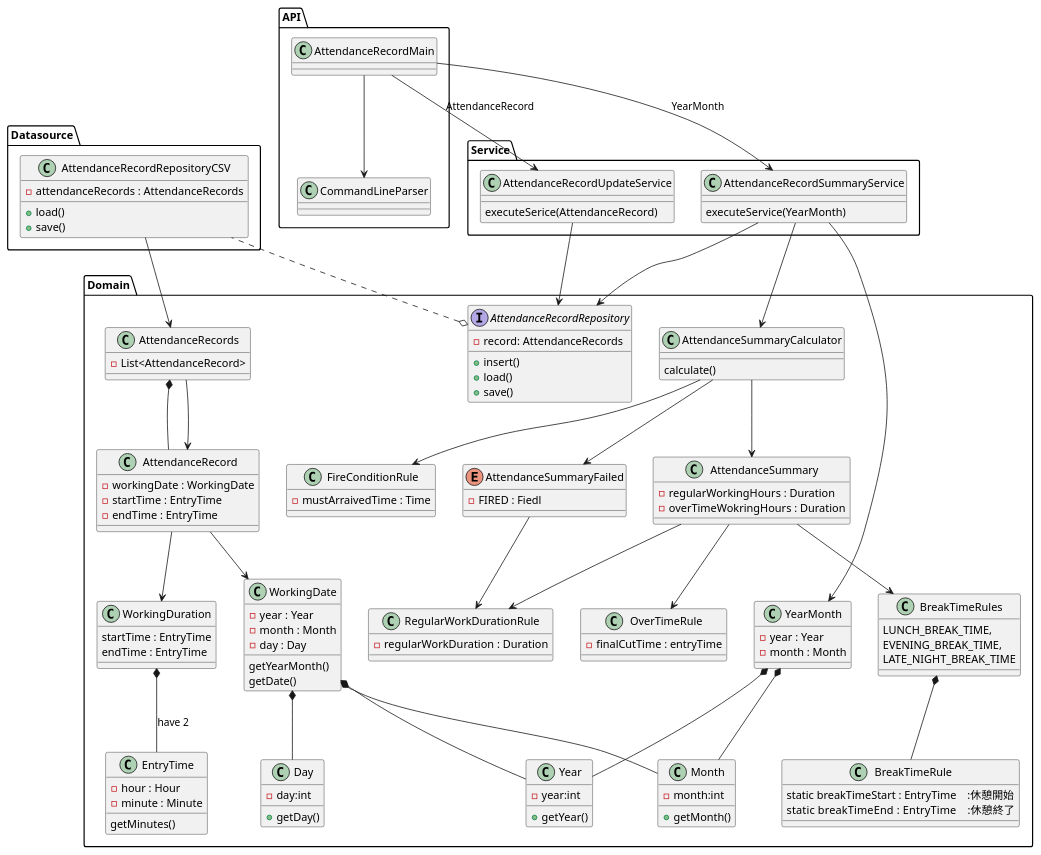
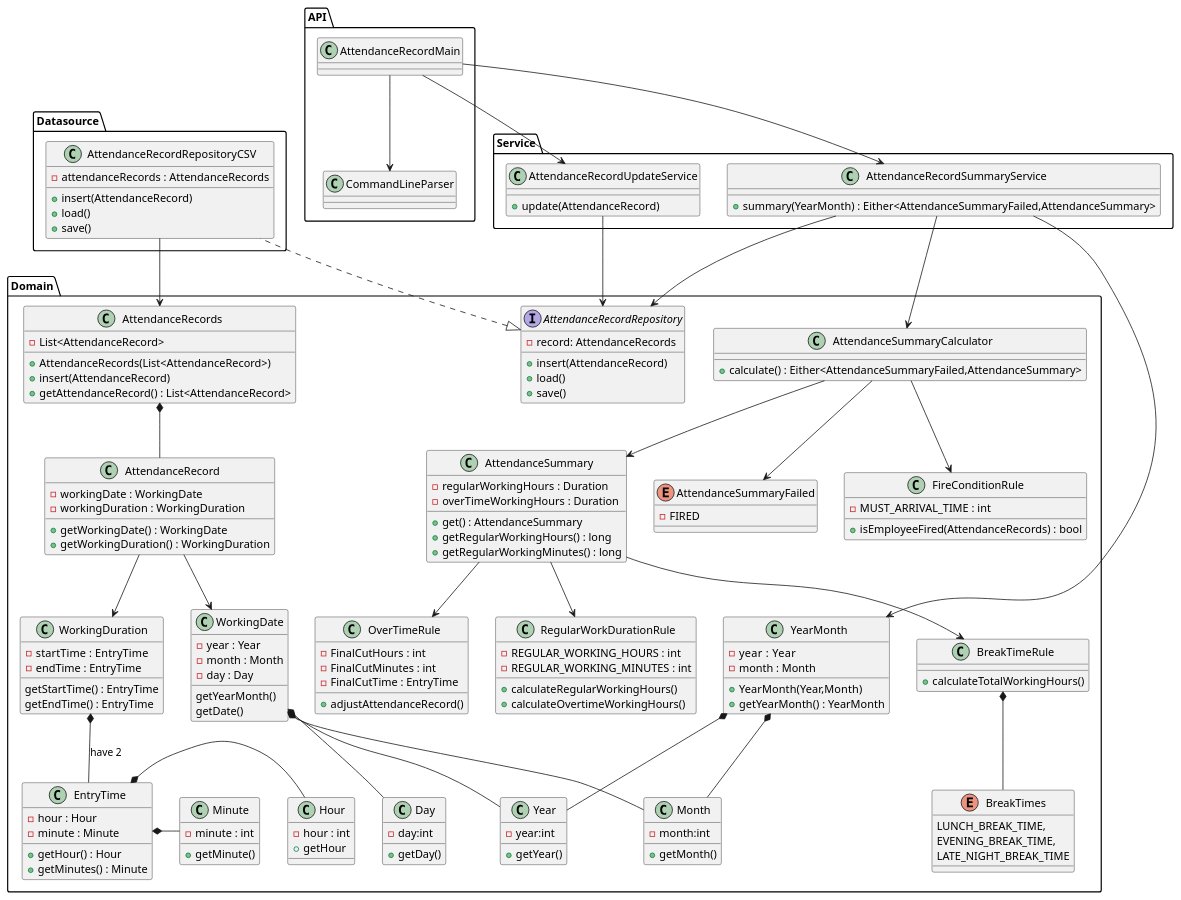
One commit to biglobe-isp/kintai changed the diagram in Documents/ClassDiagram.puml. Above: the diagram before and after it, drawn with PlantUML. The commit also changed 6 other files, not shown here.

Commit message:
update class diagram, remove static functions , migrated BreakTimeRules -> BreakTimeRule

```diff
--- a/Documents/ClassDiagram.puml
+++ b/Documents/ClassDiagram.puml
@@ -2,156 +1,188 @@
 @startuml
 
 package Datasource {
 class AttendanceRecordRepositoryCSV {
--attendanceRecords : AttendanceRecords 
+-attendanceRecords : AttendanceRecords
++insert(AttendanceRecord)
 +load()
 +save()
 }
 }
 
 package Domain {
 class Year {
 -year:int
 +getYear()
 }
 class Month {
 -month:int
 +getMonth()
 }
 class Day {
 -day:int
 +getDay()
 }
 class WorkingDate {
 -year : Year
 -month : Month
 -day : Day
 getYearMonth()
 getDate()
 }
 
 
 WorkingDate *-down- Year
 WorkingDate *-down- Month
 WorkingDate *-down- Day
 
 class YearMonth {
--year : Year
+-year :  Year
 -month : Month
++YearMonth(Year,Month)
++getYearMonth() : YearMonth
 }
 
 YearMonth *-down= Year
 YearMonth *-down- Month
 
 class EntryTime {
-  -hour : Hour
-  -minute : Minute
-  getMinutes()
+-hour : Hour
+-minute : Minute
++getHour() : Hour
++getMinutes() : Minute
 }
 
+class Hour {
+-hour : int
++getHour
+}
+
+class Minute {
+-minute : int
++getMinute()
+}
+
+EntryTime *-right- Hour
+EntryTime *-right- Minute
+
 class WorkingDuration {
-startTime : EntryTime
-endTime : EntryTime
+-startTime :  EntryTime
+-endTime : EntryTime
+getStartTime() : EntryTime
+getEndTime() : EntryTime
 }
 
 WorkingDuration *-down- EntryTime  : have 2 
 
 class RegularWorkDurationRule {
--regularWorkDuration : Duration 
+-REGULAR_WORKING_HOURS : int
+-REGULAR_WORKING_MINUTES : int
++calculateRegularWorkingHours()
++calculateOvertimeWorkingHours()
 }
 
 class FireConditionRule {
--mustArraivedTime : Time
+-MUST_ARRIVAL_TIME : int
++isEmployeeFired(AttendanceRecords) : bool
 }
 
-class BreakTimeRules {
+class BreakTimeRule {
++calculateTotalWorkingHours()
+}
+
+enum BreakTimes {
 LUNCH_BREAK_TIME,
 EVENING_BREAK_TIME,
 LATE_NIGHT_BREAK_TIME
 }
 
-class BreakTimeRule {
-static breakTimeStart : EntryTime　:休憩開始
-static breakTimeEnd   : EntryTime　:休憩終了
-}
-
-BreakTimeRules *-down- BreakTimeRule 
+BreakTimeRule *-down- BreakTimes
 
 
 class OverTimeRule {
--finalCutTime : entryTime  
+-FinalCutHours : int
+-FinalCutMinutes : int
+-FinalCutTime : EntryTime
++adjustAttendanceRecord()
 }
 
 class AttendanceRecords {
 -List<AttendanceRecord>
++AttendanceRecords(List<AttendanceRecord>)
++insert(AttendanceRecord)
++getAttendanceRecord() : List<AttendanceRecord>
 }
 
 class AttendanceRecord {
 -workingDate : WorkingDate
--startTime : EntryTime
--endTime : EntryTime
+-workingDuration : WorkingDuration
++getWorkingDate() : WorkingDate
++getWorkingDuration() : WorkingDuration
 }
 
 AttendanceRecords *-down- AttendanceRecord 
 
 interface AttendanceRecordRepository {
 -record: AttendanceRecords
-+insert()
++insert(AttendanceRecord)
 +load()
 +save()
 }
 
 class AttendanceSummaryCalculator {
-calculate()
++calculate() : Either<AttendanceSummaryFailed,AttendanceSummary>
 }
 
 class AttendanceSummary {
 -regularWorkingHours : Duration
--overTimeWokringHours : Duration
+-overTimeWorkingHours : Duration
++get() : AttendanceSummary
++getRegularWorkingHours() : long
++getRegularWorkingMinutes() : long
 }
 
 Enum AttendanceSummaryFailed {
--FIRED : Fiedl 
+-FIRED
 }
+
+
 }
 package API {
 class AttendanceRecordMain
 class CommandLineParser
 }
 package Service
 {
 class AttendanceRecordUpdateService {
-executeSerice(AttendanceRecord)
++update(AttendanceRecord)
 }
 class AttendanceRecordSummaryService
 {
-executeService(YearMonth)
++summary(YearMonth) : Either<AttendanceSummaryFailed,AttendanceSummary>
 }
 
 AttendanceRecordUpdateService -->  AttendanceRecordRepository 
 AttendanceRecordSummaryService --> YearMonth 
 AttendanceRecordSummaryService --> AttendanceRecordRepository
 AttendanceRecordSummaryService --> AttendanceSummaryCalculator 
 AttendanceSummaryCalculator --> FireConditionRule 
 AttendanceSummaryCalculator --> AttendanceSummary
 AttendanceSummaryCalculator --> AttendanceSummaryFailed
 
 
 AttendanceSummary --> OverTimeRule
-AttendanceSummary --> BreakTimeRules
+AttendanceSummary --> BreakTimeRule
 AttendanceSummary --> RegularWorkDurationRule
-AttendanceSummaryFailed --> RegularWorkDurationRule
 
 AttendanceRecordMain --> CommandLineParser
-AttendanceRecordMain --> AttendanceRecordUpdateService : AttendanceRecord
-AttendanceRecordMain --> AttendanceRecordSummaryService : YearMonth
+AttendanceRecordMain --> AttendanceRecordUpdateService
+AttendanceRecordMain --> AttendanceRecordSummaryService
 
 AttendanceRecord --> WorkingDate
 AttendanceRecord --> WorkingDuration
-AttendanceRecords --> AttendanceRecord
 AttendanceRecordRepositoryCSV  --> AttendanceRecords
 
-AttendanceRecordRepository o.. AttendanceRecordRepositoryCSV
+AttendanceRecordRepository <|.. AttendanceRecordRepositoryCSV
 
 
 @enduml
```
